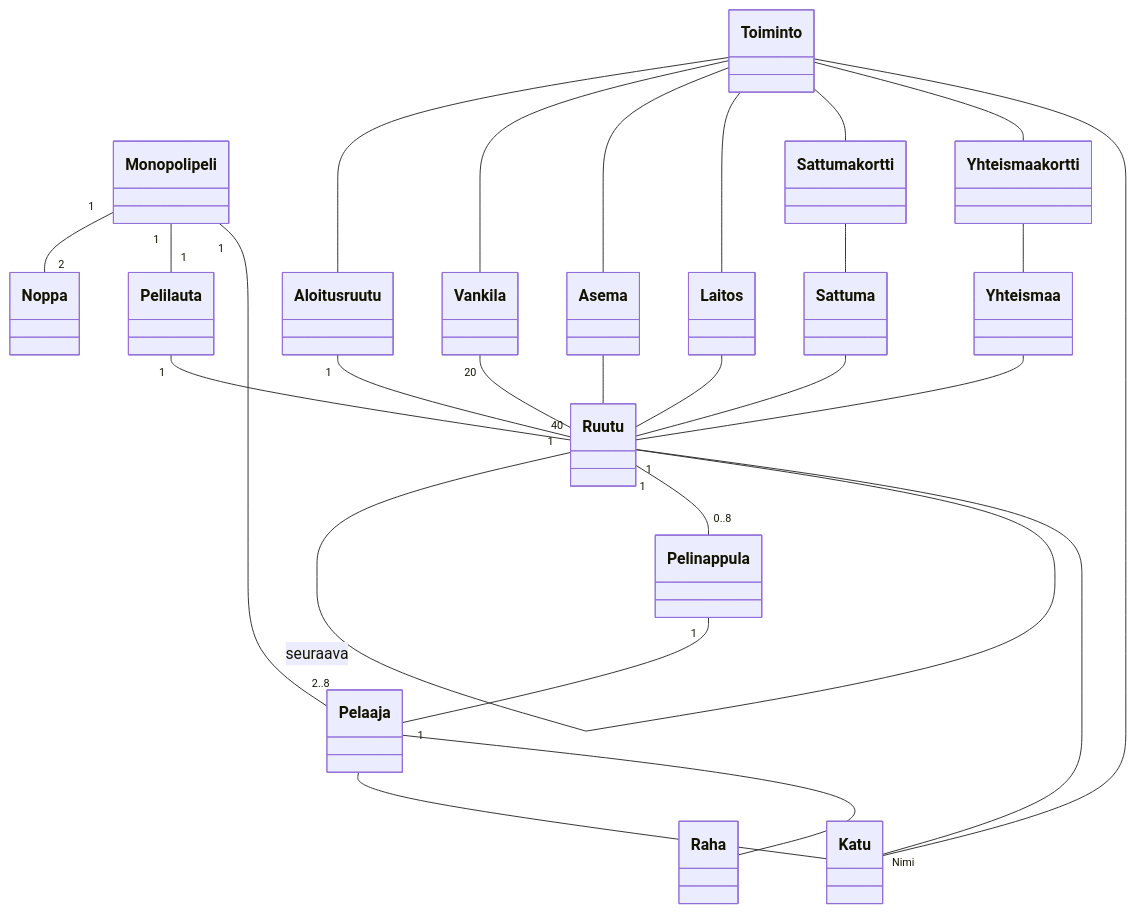
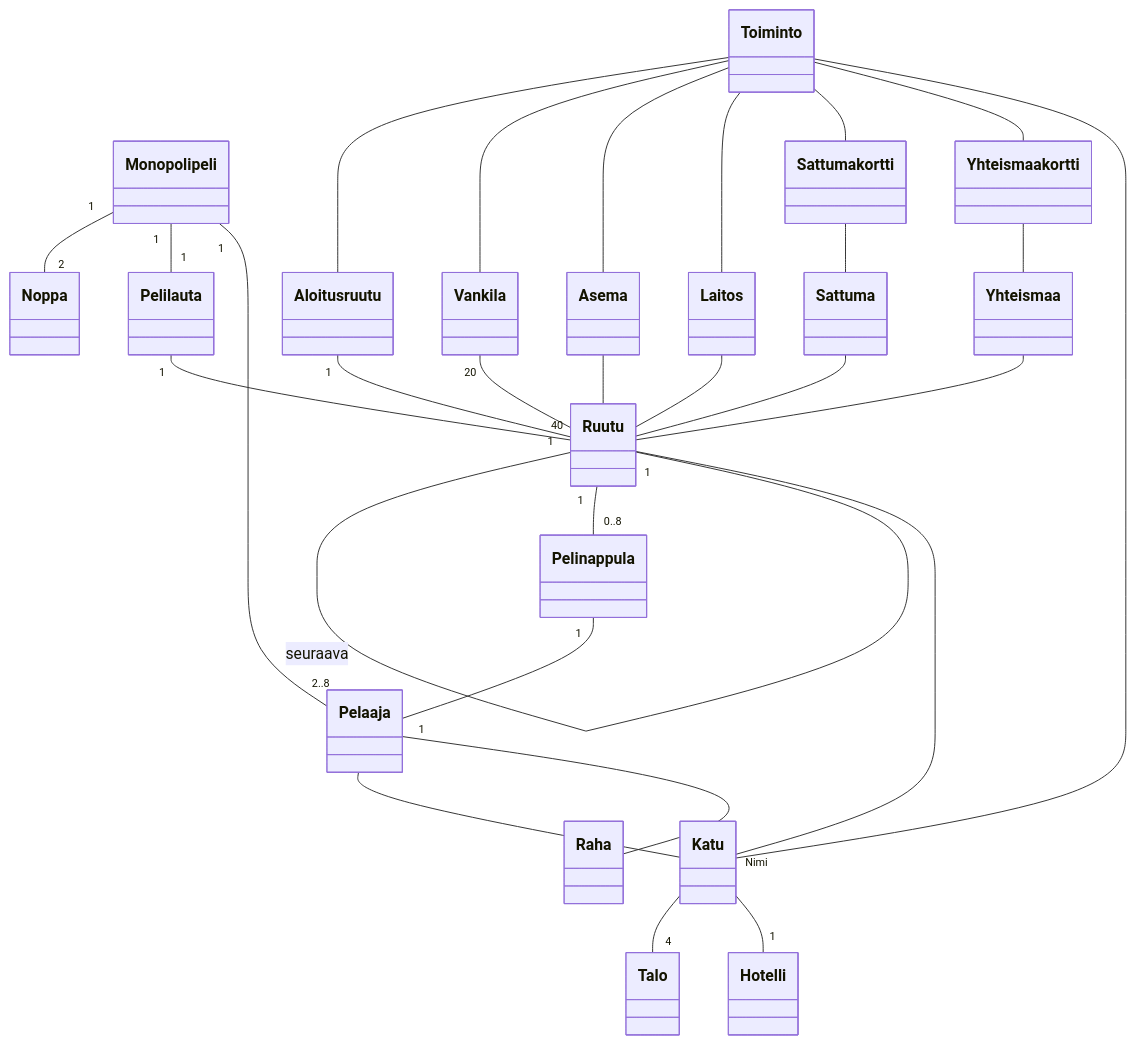
Before and after one commit to hannat1/ot-harjoitustyo: the diagram in laskarit/viikko3/kaavio.md, drawn with Mermaid.

````diff
--- a/laskarit/viikko3/kaavio.md
+++ b/laskarit/viikko3/kaavio.md
@@ -3,30 +3,32 @@
 ```mermaid
  classDiagram
     Monopolipeli "1" -- "2" Noppa
     Monopolipeli "1" -- "1" Pelilauta
     Pelilauta "1" -- "40" Ruutu
     Ruutu "1" -- "1" Ruutu : seuraava
     Ruutu "1" -- "0..8" Pelinappula
     Pelinappula "1" -- "1" Pelaaja
     Pelaaja "2..8" -- "1" Monopolipeli
     Aloitusruutu "1" -- Ruutu
     Vankila "20" -- Ruutu
     Sattuma -- Ruutu
     Yhteismaa -- Ruutu
     Asema -- Ruutu
     Laitos -- Ruutu
     Katu "Nimi" -- Ruutu
     Sattumakortti -- Sattuma
     Yhteismaakortti -- Yhteismaa
     Pelaaja -- Katu
     Pelaaja -- Raha
     Toiminto -- Aloitusruutu
     Toiminto -- Vankila
     Toiminto -- Asema
     Toiminto -- Laitos
     Toiminto -- Sattumakortti
     Toiminto -- Yhteismaakortti
     Toiminto -- Katu
+    Katu -- "4" Talo
+    Katu -- "1" Hotelli
 
 
 ```
````
